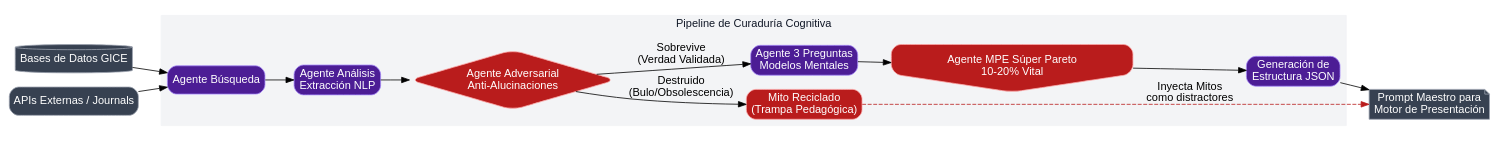
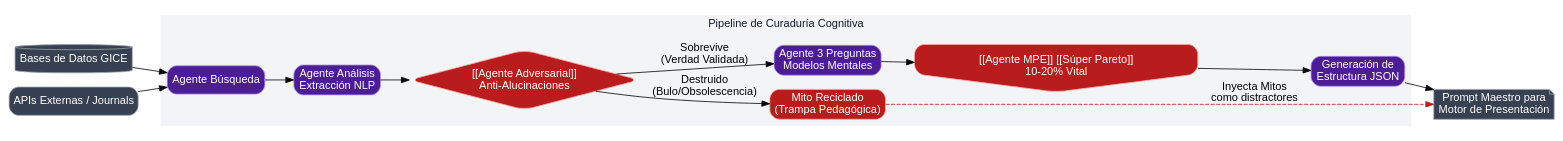
The third of 4 diagrams in Vistas_Arquitectura_Desarrollo_MPE.md (Adarocham/Cerebro-MPE-SSoT), drawn with Graphviz before and after one commit. The commit also changed other lines of this file and 6 other files, not shown here.

Commit message:
Convertir menciones de agentes y conceptos a wikilinks de Obsidian para Graph View

````diff
--- a/Vistas_Arquitectura_Desarrollo_MPE.md
+++ b/Vistas_Arquitectura_Desarrollo_MPE.md
@@ -142,42 +142,42 @@
 ```dot
 digraph AIPipeline {
     fontname="Helvetica,Arial,sans-serif";
     node [fontname="Helvetica,Arial,sans-serif"];
     edge [fontname="Helvetica,Arial,sans-serif"];
     rankdir=LR;
 
     node [shape=box, style="filled,rounded", fontcolor="white"];
     
     DB [label="Bases de Datos GICE", shape=cylinder, fillcolor="#374151", color="#9CA3AF"];
     Ext [label="APIs Externas / Journals", fillcolor="#374151", color="#9CA3AF"];
 
     subgraph cluster_Pipeline {
         label="Pipeline de Curaduría Cognitiva";
         style=filled; color="#F3F4F6"; fontcolor="#111827";
         
         node [fillcolor="#4C1D95", color="#A78BFA"];
         B1 [label="Agente Búsqueda"];
         B2 [label="Agente Análisis\nExtracción NLP"];
         B4 [label="Agente 3 Preguntas\nModelos Mentales"];
         B6 [label="Generación de\nEstructura JSON"];
         
         node [fillcolor="#B91C1C", color="#FCA5A5"];
-        B3 [label="Agente Adversarial\nAnti-Alucinaciones", shape=diamond];
-        B5 [label="Agente MPE Súper Pareto\n10-20% Vital", shape=invhouse];
+        B3 [label="[[Agente Adversarial]]\nAnti-Alucinaciones", shape=diamond];
+        B5 [label="[[Agente MPE]] [[Súper Pareto]]\n10-20% Vital", shape=invhouse];
         
         Mito [label="Mito Reciclado\n(Trampa Pedagógica)", shape=box, fillcolor="#B91C1C", color="#FCA5A5", fontcolor="white"];
         
         B1 -> B2 -> B3;
         B3 -> Mito [label="Destruido\n(Bulo/Obsolescencia)"];
         B3 -> B4 [label="Sobrevive\n(Verdad Validada)"];
         B4 -> B5 -> B6;
     }
 
     Prompt_Final [label="Prompt Maestro para\nMotor de Presentación", shape=note, fillcolor="#374151", color="#9CA3AF"];
 
     DB -> B1;
     Ext -> B1;
     B6 -> Prompt_Final;
     Mito -> Prompt_Final [label="Inyecta Mitos\ncomo distractores", style=dashed, color="#B91C1C"];
 }
 ```
````
